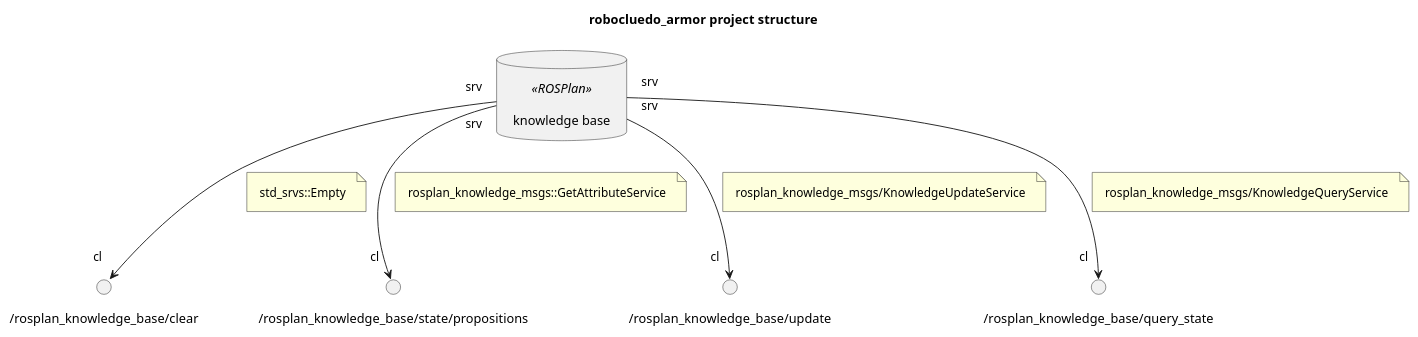
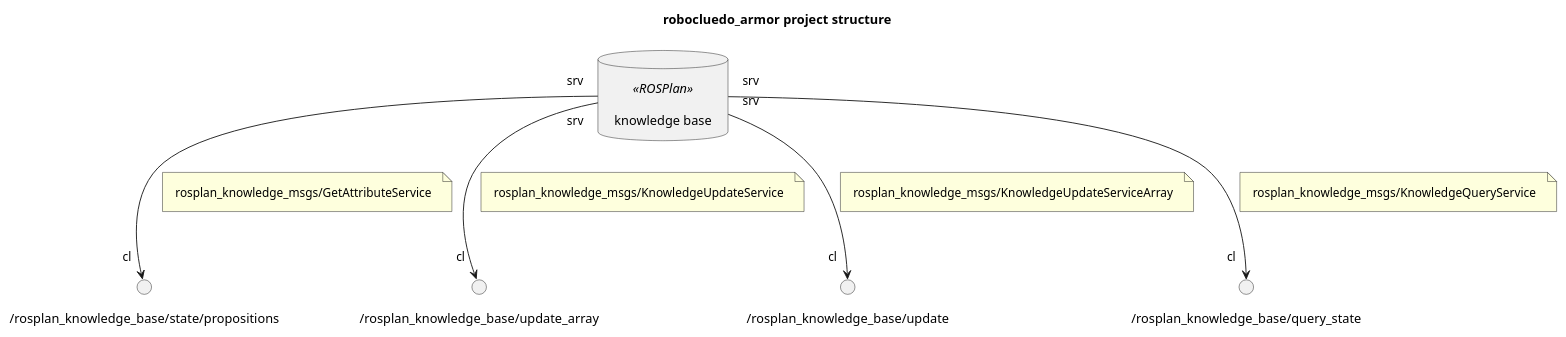
The first of 2 diagrams in robocluedo_rosplan/_uml/rosplan-kb.md (programmatoroSeduto/ExperimentalRoboticsLab-Assignment-2), drawn with PlantUML before and after one commit. The commit also changed other lines of this file and 117 other files, not shown here.

````diff
--- a/robocluedo_rosplan/_uml/rosplan-kb.md
+++ b/robocluedo_rosplan/_uml/rosplan-kb.md
@@ -6,42 +6,46 @@
 ```{uml} 
 @startuml
 
 ''' INFOS
 title robocluedo_armor project structure
 skinparam Padding 8
 allow_mixing
 
 
 ''' COMPONENTS
 database "knowledge base" <<ROSPlan>> as KB
 
 
 ''' SERVICES
 /'
 () "srv" as SRV_
 KB "srv" --> "cl" SRV_
 note on link: 
 '/
 
-() "/rosplan_knowledge_base/clear" as SRV_KB_CLEAR
-KB "srv" --> "cl" SRV_KB_CLEAR
-note on link: std_srvs::Empty
+' () "/rosplan_knowledge_base/clear" as SRV_KB_CLEAR
+' KB "srv" --> "cl" SRV_KB_CLEAR
+' note on link: std_srvs::Empty
 
 () "/rosplan_knowledge_base/state/propositions" as SRV_KB_GET_PRED
 KB "srv" --> "cl" SRV_KB_GET_PRED
-note on link: rosplan_knowledge_msgs::GetAttributeService
+note on link: rosplan_knowledge_msgs/GetAttributeService
 
-() "/rosplan_knowledge_base/update" as SRV_KB_UPDATE
+() "/rosplan_knowledge_base/update_array" as SRV_KB_UPDATE
 KB "srv" --> "cl" SRV_KB_UPDATE
 note on link: rosplan_knowledge_msgs/KnowledgeUpdateService
+
+() "/rosplan_knowledge_base/update" as SRV_KB_UPDATE_ARRAY
+KB "srv" --> "cl" SRV_KB_UPDATE_ARRAY
+note on link: rosplan_knowledge_msgs/KnowledgeUpdateServiceArray
 
 () "/rosplan_knowledge_base/query_state" as SRV_QUERY
 KB "srv" --> "cl" SRV_QUERY
 note on link: rosplan_knowledge_msgs/KnowledgeQueryService
 
 
 ''' CONNECTIONS
 ' ...
 
 @enduml
 ```
````
